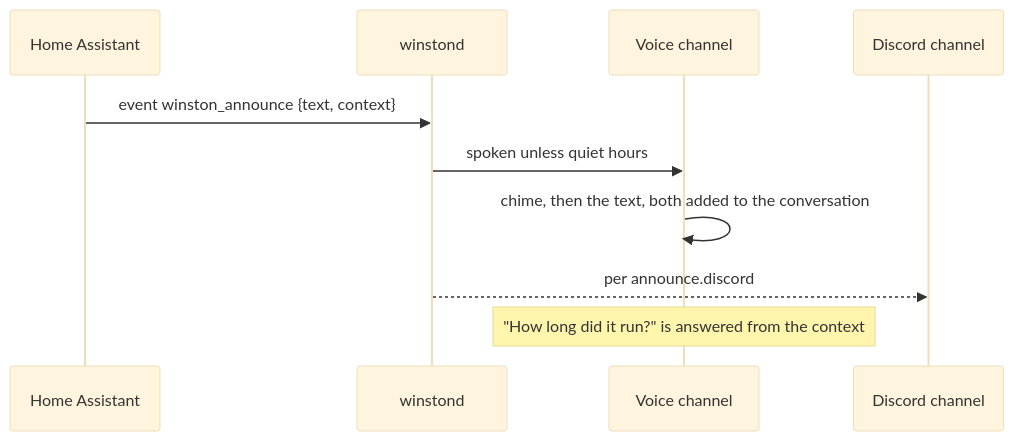
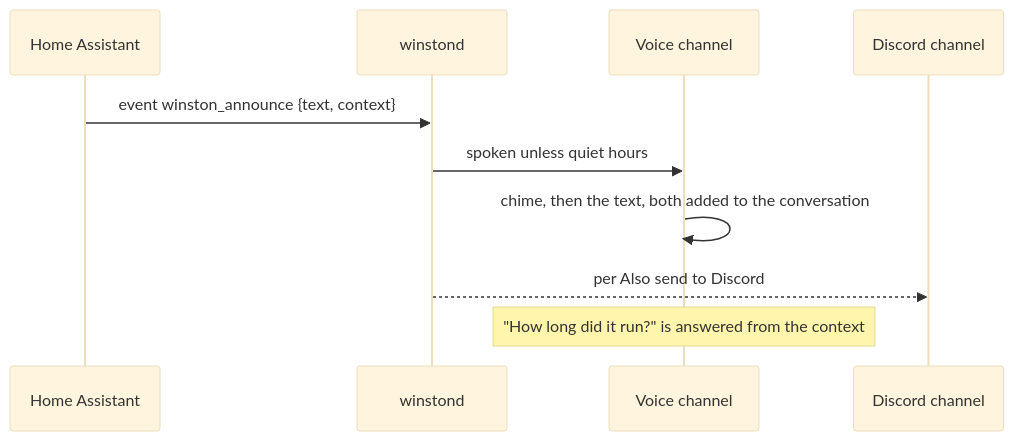
Before and after one commit to aldinsmajlovic/winston: the diagram in docs/announcements.md, drawn with Mermaid (base theme). The commit also changed other lines of this file and 32 other files, not shown here.

````diff
--- a/docs/announcements.md
+++ b/docs/announcements.md
@@ -12,12 +7,12 @@
 ```mermaid
 sequenceDiagram
   participant HA as Home Assistant
   participant W as winstond
   participant V as Voice channel
   participant D as Discord channel
   HA->>W: event winston_announce {text, context}
   W->>V: spoken unless quiet hours
   V->>V: chime, then the text, both added to the conversation
-  W-->>D: per announce.discord
+  W-->>D: per Also send to Discord
   Note over V: "How long did it run?" is answered from the context
 ```
````
